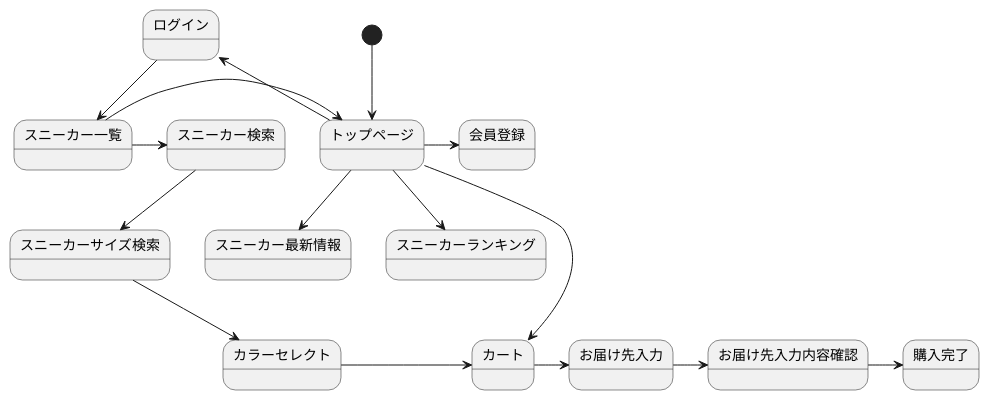
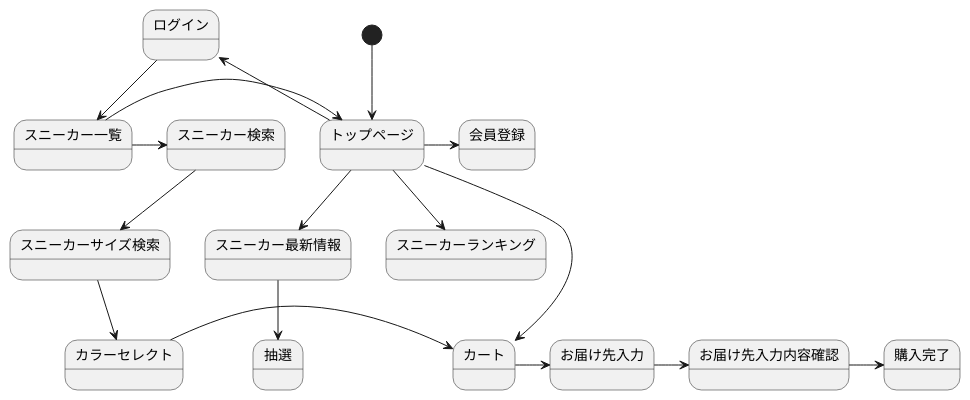
The diagram in kadai12.md (Aso2001379/2021sys-desing), drawn with PlantUML before and after one commit.

````diff
--- a/kadai12.md
+++ b/kadai12.md
@@ -1,19 +1,20 @@
 ```uml
 @startuml
 [*] --> トップページ
 トップページ -> 会員登録
 トップページ -left--> ログイン
 トップページ --> スニーカー最新情報
+スニーカー最新情報 --> 抽選
 トップページ --> スニーカーランキング
 ログイン --> スニーカー一覧
 スニーカー一覧 -> スニーカー検索
 スニーカー一覧 -> トップページ
 スニーカー検索 --> スニーカーサイズ検索
 スニーカーサイズ検索 --> カラーセレクト
 カラーセレクト -> カート
 トップページ --> カート
 カート -> お届け先入力
 お届け先入力 -> お届け先入力内容確認
 お届け先入力内容確認 -> 購入完了
 @enduml
 ```
````
